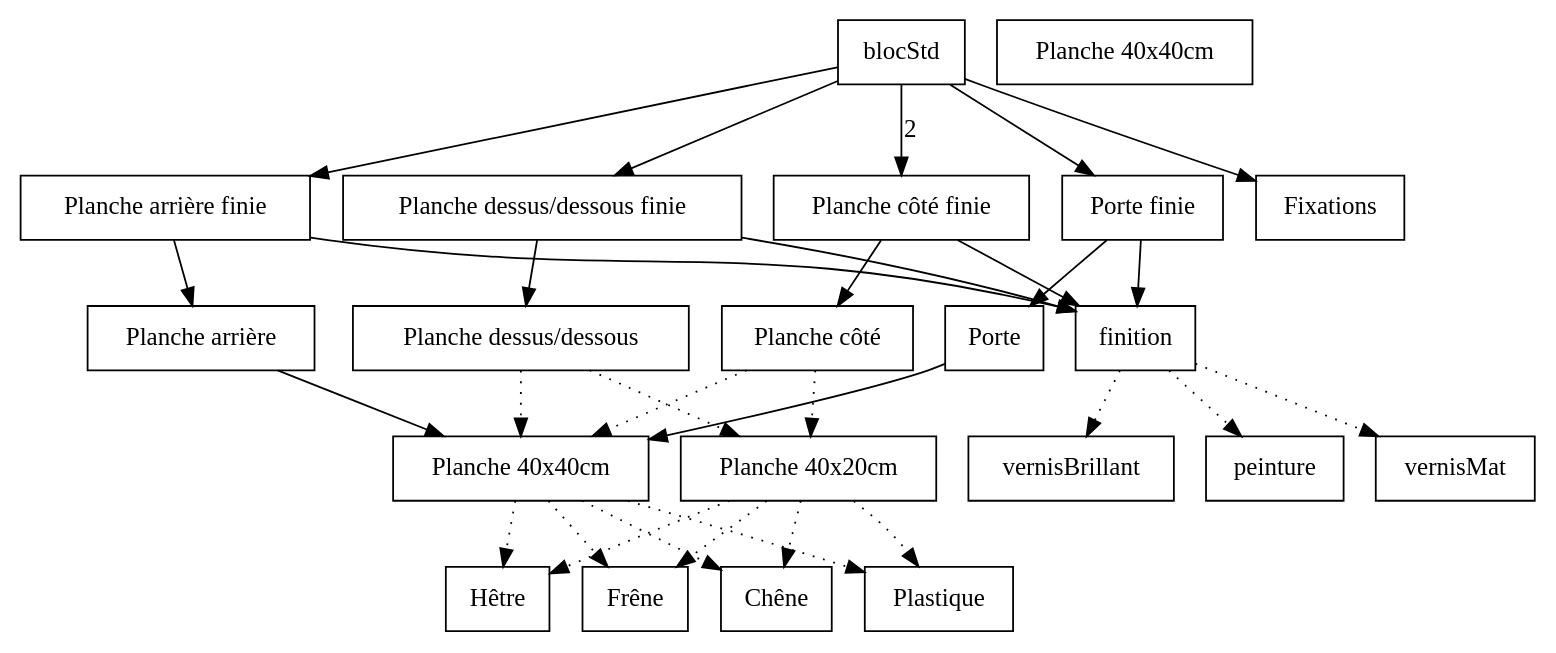
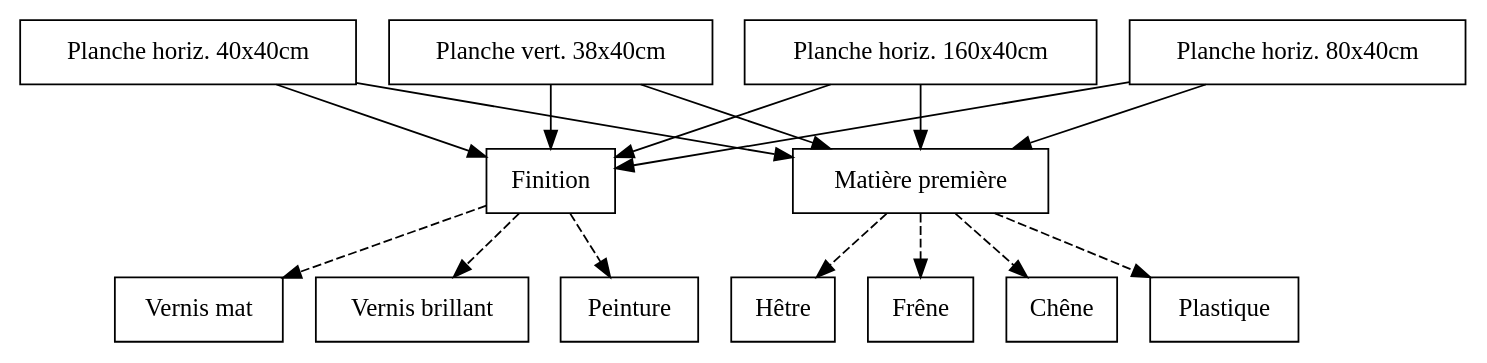
Before and after one commit to padenot/OGP: the diagram in nomenclature/src/planches.dot, drawn with Graphviz. The commit also changed 5 other files, not shown here.

```diff
--- a/nomenclature/src/planches.dot
+++ b/nomenclature/src/planches.dot
@@ -1,64 +1,44 @@
 digraph
 {
-// Noeuds
+// Noeuds --------------------------------------------------
 	node[shape=box]
-	plancheCote [label="Planche côté"]
-	plancheCoteFini [label="Planche côté finie"]
-	plancheHautBas [label="Planche dessus/dessous"]
-	plancheHautBasFini [label="Planche dessus/dessous finie"]
-	plancheArriere [label="Planche arrière"]
-	plancheArriereFini [label="Planche arrière finie"]
-	porte [label="Porte"]
-	porteFini [label="Porte finie"]
 
-	planche80x40 [label="Planche 40x40cm"]
-	planche40x40 [label="Planche 40x40cm"]
-	planche40x20 [label="Planche 40x20cm"]
+	// Planches
+	plancheT3 [label="Planche horiz. 160x40cm"]
+	plancheT2 [label="Planche horiz. 80x40cm"]
+	plancheT1 [label="Planche horiz. 40x40cm"]
+	plancheT0 [label="Planche vert. 38x40cm"]
 
+	// Variantes
+	finition [label="Finition"]
+	vernisMat [label="Vernis mat"]
+	vernisBrillant [label="Vernis brillant"]
+	peinture [label="Peinture"]
+
+	mp [label="Matière première"]
 	mpPlastique [label="Plastique"]
 	mpHetre [label="Hêtre"]
 	mpFrene [label="Frêne"]
 	mpChene [label="Chêne"]
-	fixations [label="Fixations"]
 
-// Arcs
-	// Formation du kit
-	blocStd -> plancheCoteFini [label="2"]
-	blocStd -> plancheHautBasFini
-	blocStd -> plancheArriereFini
-	blocStd -> porteFini
-	blocStd -> fixations
+// Arcs --------------------------------------------------
+	// Planches
+	plancheT0 -> mp
+	plancheT0 -> finition
+	plancheT1 -> mp
+	plancheT1 -> finition
+	plancheT2 -> mp
+	plancheT2 -> finition
+	plancheT3 -> mp
+	plancheT3 -> finition
 
-	// Finition
-	plancheArriereFini -> plancheArriere
-	plancheArriereFini -> finition
-	plancheHautBasFini -> plancheHautBas
-	plancheHautBasFini -> finition
-	plancheCoteFini -> plancheCote
-	plancheCoteFini -> finition
-	porteFini -> porte
-	porteFini -> finition
+	// Variantes 
+	finition -> vernisMat [style=dashed]
+	finition -> vernisBrillant [style=dashed]
+	finition -> peinture [style=dashed]
 
-	finition -> vernisMat [style=dotted]
-	finition -> vernisBrillant [style=dotted]
-	finition -> peinture [style=dotted]
-
-	// Transformation des planches
-	plancheCote -> planche40x40 [style=dotted]
-	plancheCote -> planche40x20 [style=dotted]
-	plancheHautBas -> planche40x40 [style=dotted]
-	plancheHautBas -> planche40x20 [style=dotted]
-	plancheArriere -> planche40x40
-	porte -> planche40x40
-
-	// Création des planches
-	planche40x40 -> mpPlastique [style=dotted]
-	planche40x40 -> mpHetre [style=dotted]
-	planche40x40 -> mpFrene [style=dotted]
-	planche40x40 -> mpChene [style=dotted]
-
-	planche40x20 -> mpPlastique [style=dotted]
-	planche40x20 -> mpHetre [style=dotted]
-	planche40x20 -> mpFrene [style=dotted]
-	planche40x20 -> mpChene [style=dotted]
+	mp -> mpPlastique [style=dashed]
+	mp -> mpHetre [style=dashed]
+	mp -> mpFrene [style=dashed]
+	mp -> mpChene [style=dashed]
 }
```
